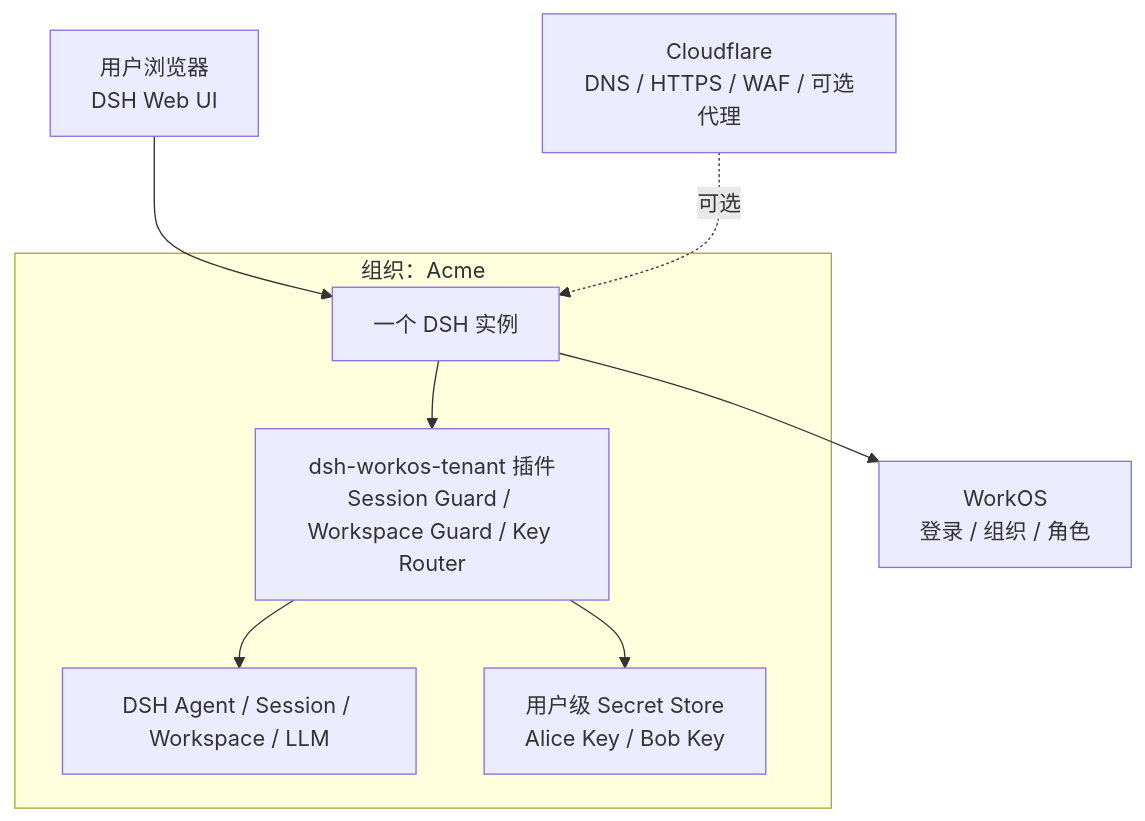
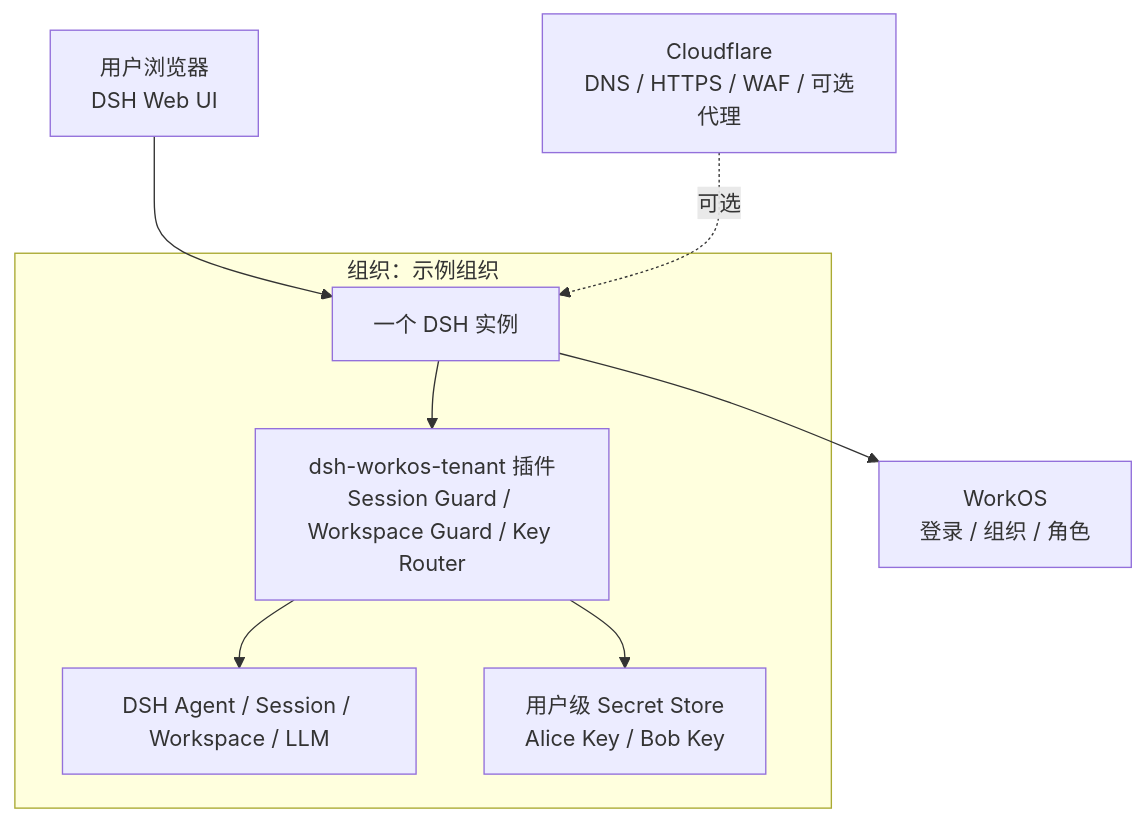
One commit to gepeiyu/dsh-workos-tenant changed the first of 2 diagrams in README.zh-CN.md. Above: the diagram before and after it, drawn with Mermaid. The commit also changed other lines of this file and 1 other file, not shown here.

````diff
--- a/README.zh-CN.md
+++ b/README.zh-CN.md
@@ -32,20 +32,20 @@
 ```mermaid
 flowchart TB
   browser[用户浏览器<br/>DSH Web UI]
   workos[WorkOS<br/>登录 / 组织 / 角色]
   cloudflare[Cloudflare<br/>DNS / HTTPS / WAF / 可选代理]
 
-  subgraph orgA[组织：Acme]
+  subgraph orgA[组织：示例组织]
     dshA[一个 DSH 实例]
     plugin[dsh-workos-tenant 插件<br/>Session Guard / Workspace Guard / Key Router]
     dshCore[DSH Agent / Session / Workspace / LLM]
     secrets[用户级 Secret Store<br/>Alice Key / Bob Key]
     dshA --> plugin
     plugin --> dshCore
     plugin --> secrets
   end
 
   browser --> dshA
   dshA --> workos
   cloudflare -. 可选 .-> dshA
 ```
````
